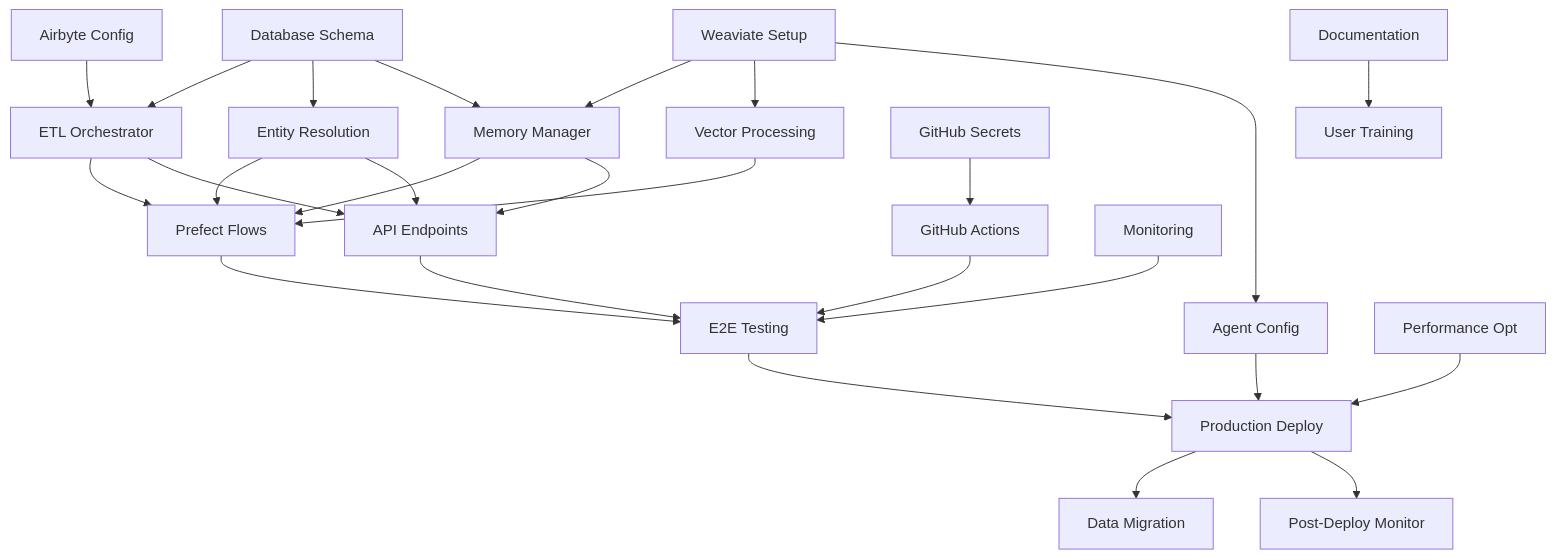
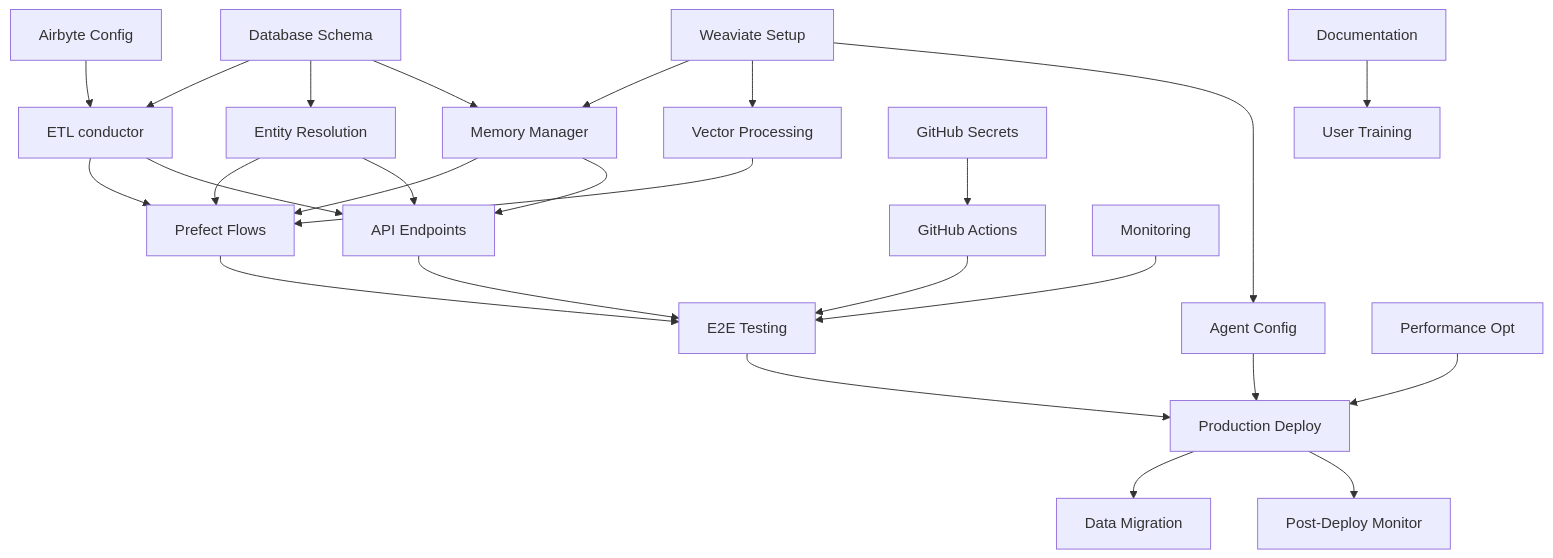
Before and after one commit to ai-cherry/orchestra-main: the diagram in workflows/pay_ready_implementation_tasks.md, drawn with Mermaid. The commit also changed other lines of this file and 1542 other files, not shown here.

````diff
--- a/workflows/pay_ready_implementation_tasks.md
+++ b/workflows/pay_ready_implementation_tasks.md
@@ -255,40 +255,40 @@
 ```mermaid
 graph TD
     %% Phase 1
-    T1.1[Database Schema] --> T2.1[ETL Orchestrator]
+    T1.1[Database Schema] --> T2.1[ETL conductor]
     T1.1 --> T2.2[Entity Resolution]
     T1.1 --> T2.3[Memory Manager]
     
     T1.2[Weaviate Setup] --> T2.3
     T1.2 --> T2.4[Vector Processing]
     T1.2 --> T4.2[Agent Config]
     
     T1.3[Airbyte Config] --> T2.1
     
     T1.4[GitHub Secrets] --> T3.2[GitHub Actions]
     
     %% Phase 2 to 3
     T2.1 --> T3.1[Prefect Flows]
     T2.2 --> T3.1
     T2.3 --> T3.1
     T2.4 --> T3.1
     
     T2.1 --> T3.4[API Endpoints]
     T2.2 --> T3.4
     T2.3 --> T3.4
     
     %% Phase 3 to 4
     T3.1 --> T4.1[E2E Testing]
     T3.2 --> T4.1
     T3.3[Monitoring] --> T4.1
     T3.4 --> T4.1
     
     %% Phase 4 to 5
     T4.1 --> T5.1[Production Deploy]
     T4.2 --> T5.1
     T4.3[Performance Opt] --> T5.1
     T4.4[Documentation] --> T5.3[User Training]
     
     T5.1 --> T5.2[Data Migration]
     T5.1 --> T5.4[Post-Deploy Monitor]
 ```
````
